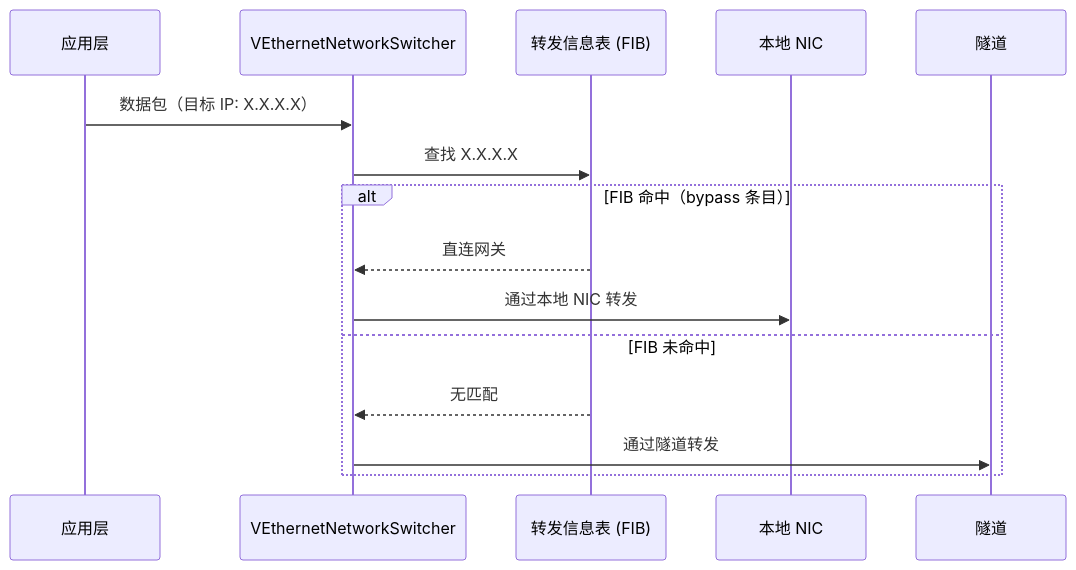
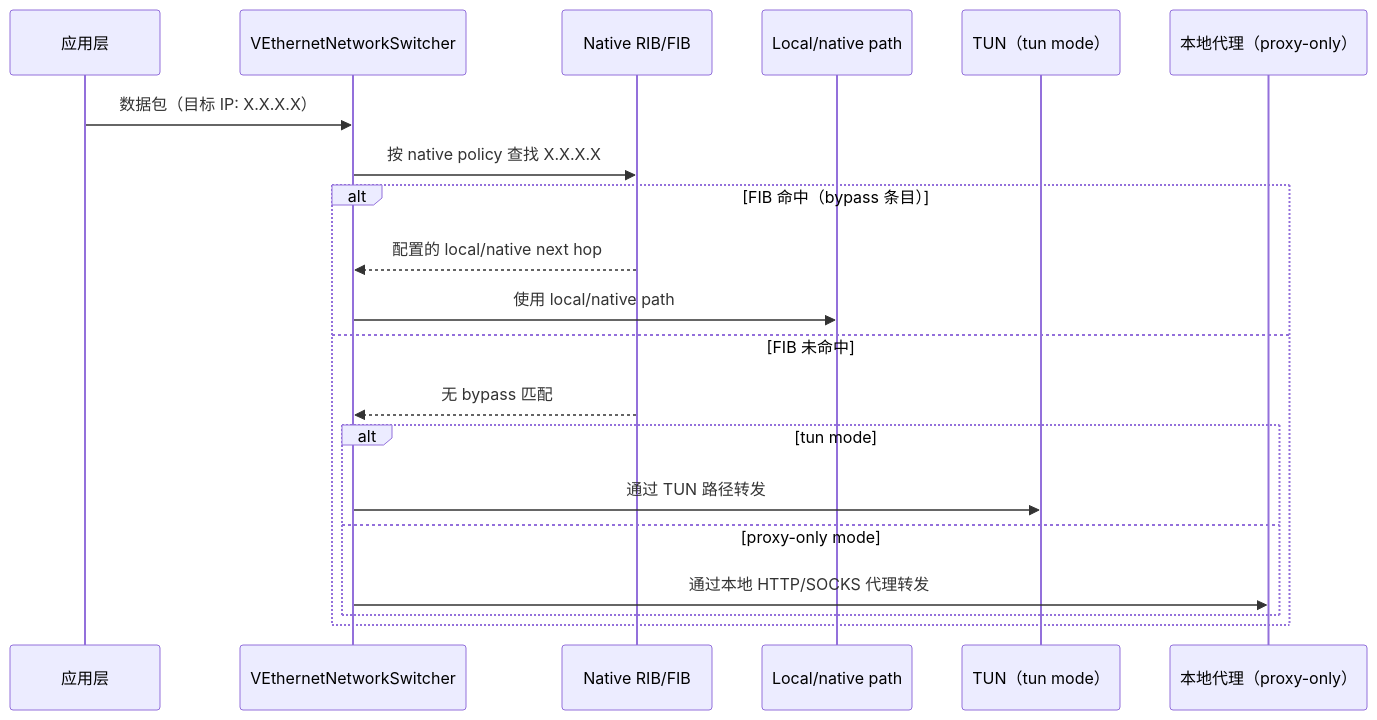
Before and after one commit to rebecca554owen/openppp2: the seventh of 8 diagrams in docs/guides/ROUTING_AND_DNS_CN.md, drawn with Mermaid. The commit also changed other lines of this file and 34 other files, not shown here.

````diff
--- a/docs/guides/ROUTING_AND_DNS_CN.md
+++ b/docs/guides/ROUTING_AND_DNS_CN.md
@@ -562,18 +632,23 @@
 ```mermaid
 sequenceDiagram
     participant App as 应用层
     participant SW as VEthernetNetworkSwitcher
-    participant FIB as 转发信息表 (FIB)
-    participant NIC as 本地 NIC
-    participant TUN as 隧道
+    participant FIB as Native RIB/FIB
+    participant LOCAL as Local/native path
+    participant TUN as TUN（tun mode）
+    participant PROXY as 本地代理（proxy-only）
 
     App->>SW: 数据包（目标 IP: X.X.X.X）
-    SW->>FIB: 查找 X.X.X.X
+    SW->>FIB: 按 native policy 查找 X.X.X.X
     alt FIB 命中（bypass 条目）
-        FIB-->>SW: 直连网关
-        SW->>NIC: 通过本地 NIC 转发
+        FIB-->>SW: 配置的 local/native next hop
+        SW->>LOCAL: 使用 local/native path
     else FIB 未命中
-        FIB-->>SW: 无匹配
-        SW->>TUN: 通过隧道转发
+        FIB-->>SW: 无 bypass 匹配
+        alt tun mode
+            SW->>TUN: 通过 TUN 路径转发
+        else proxy-only mode
+            SW->>PROXY: 通过本地 HTTP/SOCKS 代理转发
+        end
     end
 ```
````
